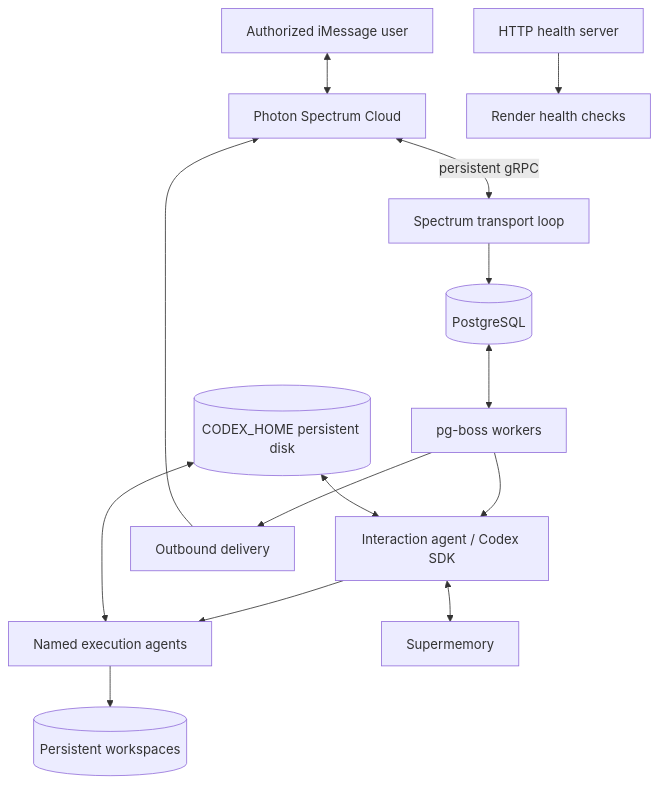
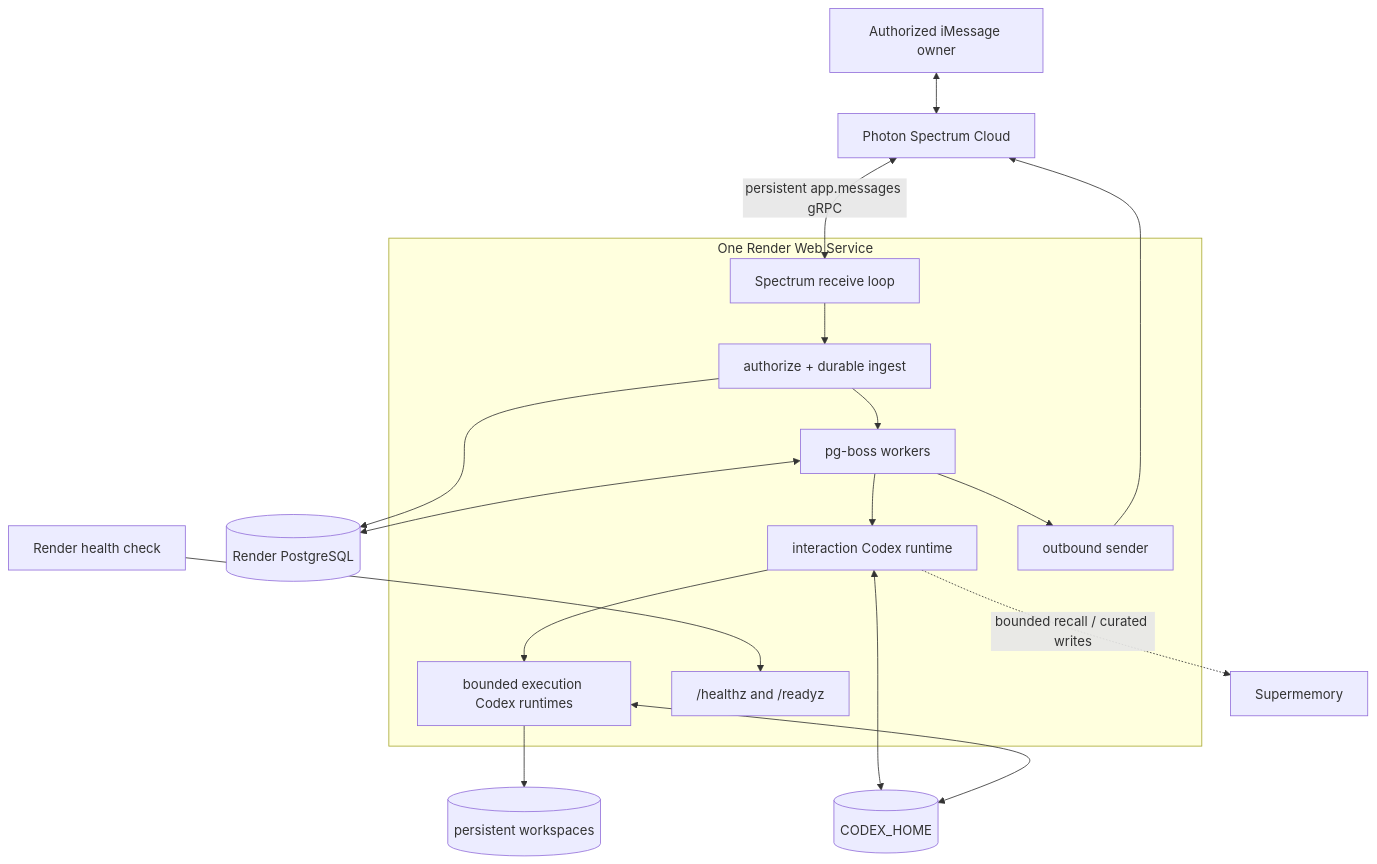
Before and after one commit to tecxbro/iMessage-agent-render: the first of 3 diagrams in ARCHITECTURE.md, drawn with Mermaid. The commit also changed other lines of this file and 32 other files, not shown here.

````diff
--- a/ARCHITECTURE.md
+++ b/ARCHITECTURE.md
@@ -13,16 +30,24 @@
 ```mermaid
 flowchart TB
-  U[Authorized iMessage user] <--> P[Photon Spectrum Cloud]
-  P <-- persistent gRPC --> T[Spectrum transport loop]
-  T --> DB[(PostgreSQL)]
-  DB <--> Q[pg-boss workers]
-  Q --> IA[Interaction agent / Codex SDK]
-  IA --> EA[Named execution agents]
-  EA --> WS[(Persistent workspaces)]
-  IA <--> SM[Supermemory]
-  Q --> O[Outbound delivery]
+  U["Authorized iMessage owner"] <--> P["Photon Spectrum Cloud"]
+  P <-->|"persistent app.messages gRPC"| T["Spectrum receive loop"]
+
+  subgraph W["One Render Web Service"]
+    T --> A["authorize + durable ingest"]
+    A --> Q["pg-boss workers"]
+    Q --> I["interaction Codex runtime"]
+    I --> E["bounded execution Codex runtimes"]
+    Q --> O["outbound sender"]
+    H["/healthz and /readyz"]
+  end
+
+  A --> DB[("Render PostgreSQL")]
+  Q <--> DB
   O --> P
-  H[HTTP health server] --> R[Render health checks]
-  C[(CODEX_HOME persistent disk)] <--> IA
-  C <--> EA
+  I -. "bounded recall / curated writes" .-> SM["Supermemory"]
+  E --> WS[("persistent workspaces")]
+  I <--> CH[("CODEX_HOME")]
+  E <--> CH
+
+  R["Render health check"] --> H
 ```
````
